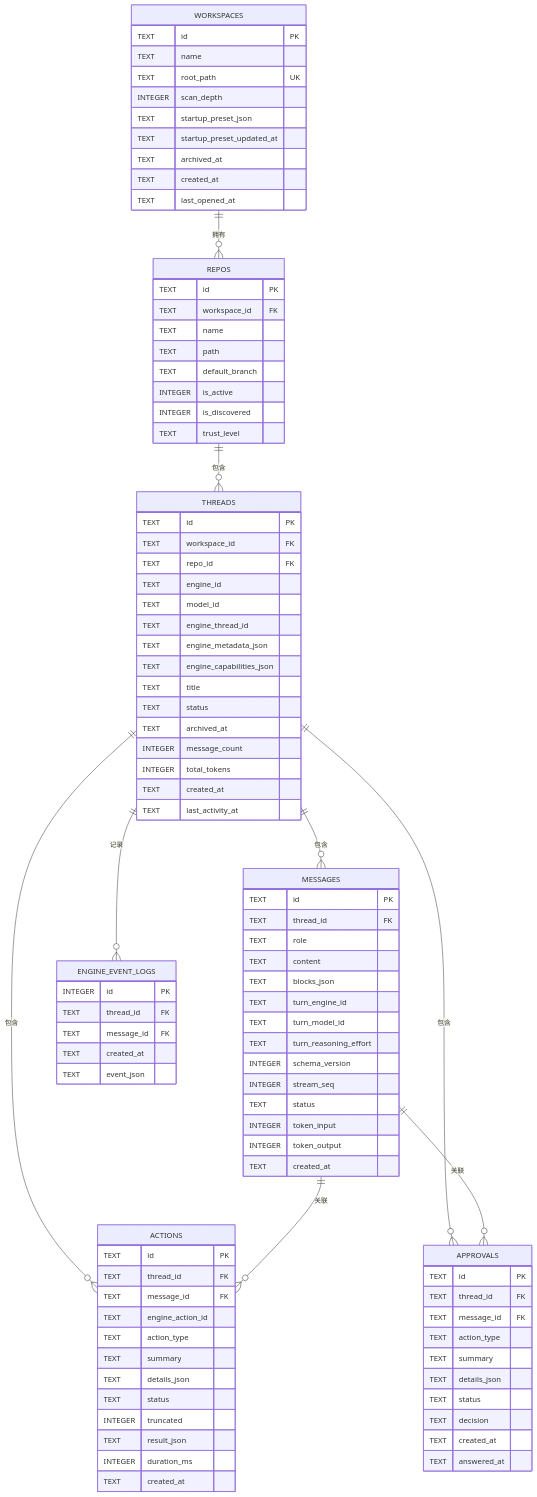
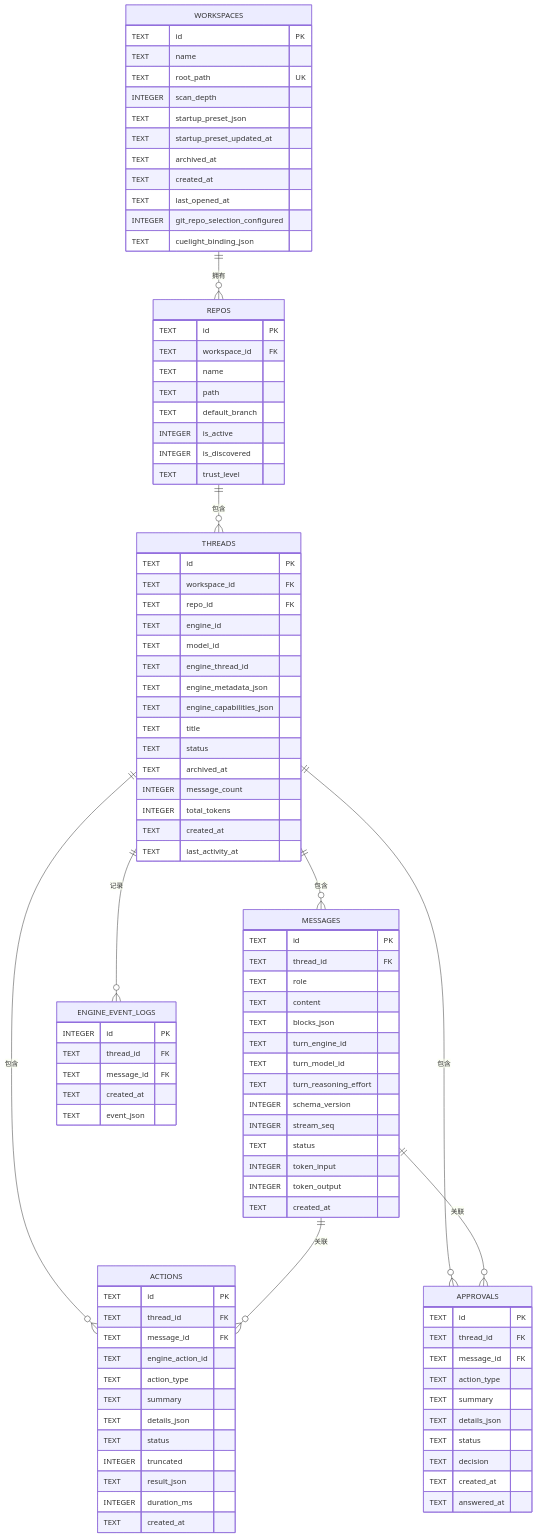
The third of 11 diagrams in .qoder/repowiki/zh/content/架构设计/数据架构/数据架构.md (yattin/panes), drawn with Mermaid before and after one commit. The commit also changed other lines of this file and 45 other files, not shown here.

```diff
--- a/.qoder/repowiki/zh/content/架构设计/数据架构/数据架构.md
+++ b/.qoder/repowiki/zh/content/架构设计/数据架构/数据架构.md
@@ -135,6 +146,8 @@
 TEXT archived_at
 TEXT created_at
 TEXT last_opened_at
+INTEGER git_repo_selection_configured
+TEXT cuelight_binding_json
 }
 REPOS {
 TEXT id PK
```
